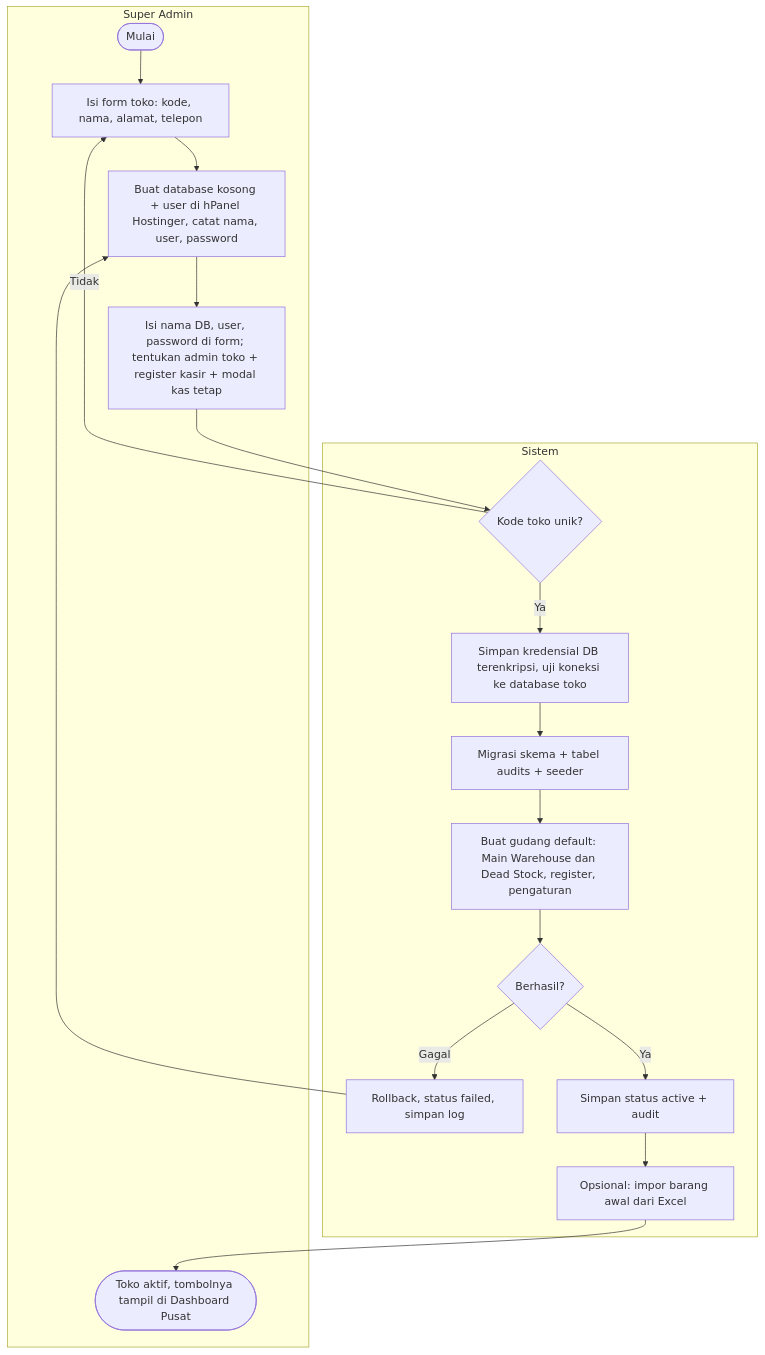
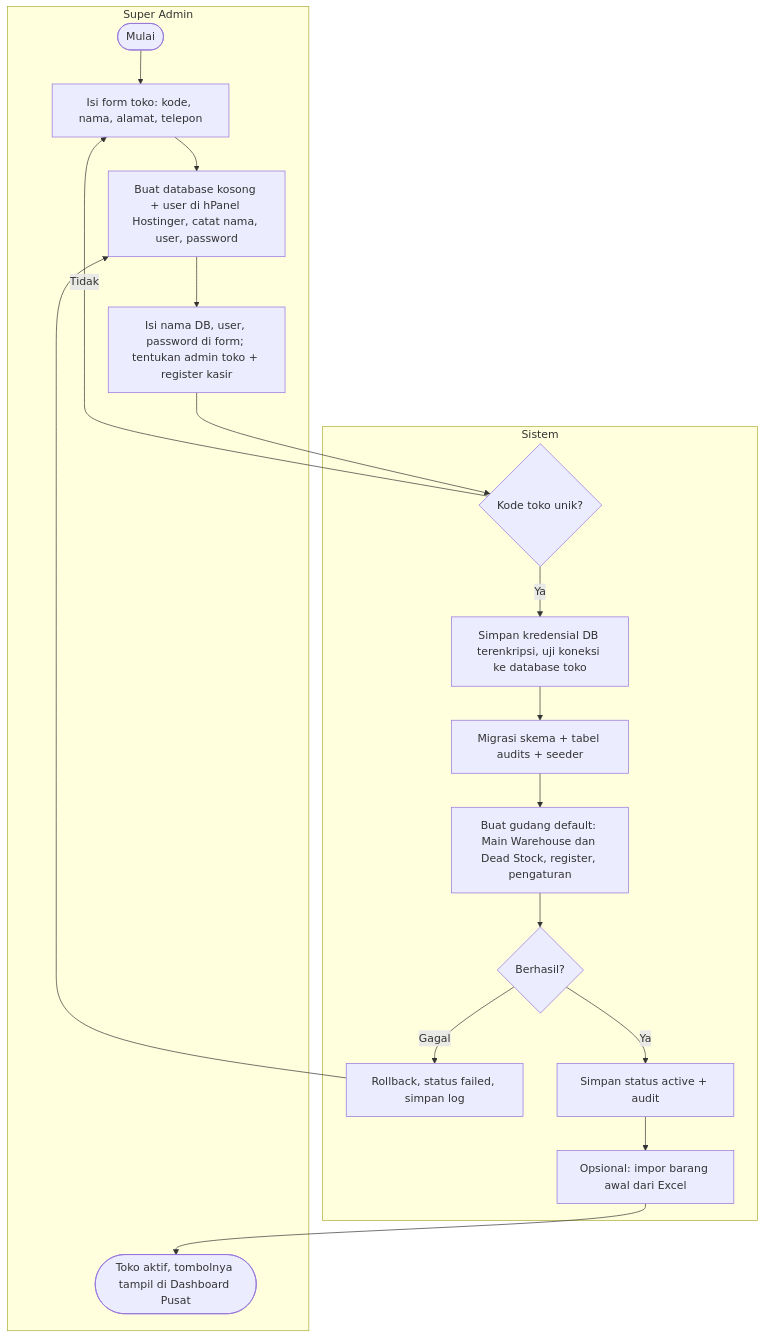
The second of 30 diagrams in docs/analisis-sistem.md (aliefpraditya/store-management), drawn with Mermaid before and after one commit. The commit also changed other lines of this file and 35 other files, not shown here.

````diff
--- a/docs/analisis-sistem.md
+++ b/docs/analisis-sistem.md
@@ -419,24 +419,24 @@
 ```mermaid
 flowchart TD
     subgraph SA["Super Admin"]
         A1(["Mulai"]) --> A2["Isi form toko: kode, nama, alamat, telepon"]
         A2 --> A2b["Buat database kosong + user di hPanel Hostinger, catat nama, user, password"]
-        A2b --> A3["Isi nama DB, user, password di form; tentukan admin toko + register kasir + modal kas tetap"]
+        A2b --> A3["Isi nama DB, user, password di form; tentukan admin toko + register kasir"]
         A9(["Toko aktif, tombolnya tampil di Dashboard Pusat"])
     end
     subgraph SYS["Sistem"]
         S1{"Kode toko unik?"}
         S2["Simpan kredensial DB terenkripsi, uji koneksi ke database toko"]
         S3["Migrasi skema + tabel audits + seeder"]
         S3b["Buat gudang default: Main Warehouse dan Dead Stock, register, pengaturan"]
         S4{"Berhasil?"}
         S5["Rollback, status failed, simpan log"]
         S6["Simpan status active + audit"]
         S7["Opsional: impor barang awal dari Excel"]
     end
     A3 --> S1
     S1 -->|"Tidak"| A2
     S1 -->|"Ya"| S2 --> S3 --> S3b --> S4
     S4 -->|"Gagal"| S5 --> A2b
     S4 -->|"Ya"| S6 --> S7 --> A9
 ```
````
